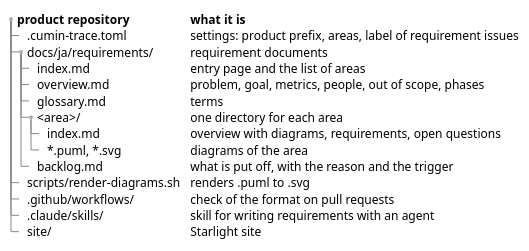
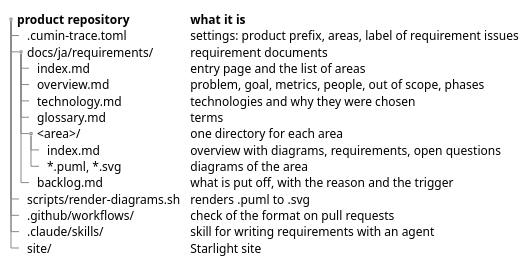
Before and after one commit to cloveclovedev/cumin-trace: the diagram in docs/ja/requirements/templates/templates-files.puml, drawn with PlantUML. The commit also changed 8 other files, not shown here.

```diff
--- a/docs/ja/requirements/templates/templates-files.puml
+++ b/docs/ja/requirements/templates/templates-files.puml
@@ -1,21 +1,22 @@
 @startuml templates-files
 salt
 {
 {T
  + <b>product repository | <b>what it is
  ++ .cumin-trace.toml | settings: product prefix, areas, label of requirement issues
  ++ docs/ja/requirements/ | requirement documents
  +++ index.md | entry page and the list of areas
  +++ overview.md | problem, goal, metrics, people, out of scope, phases
+ +++ technology.md | technologies and why they were chosen
  +++ glossary.md | terms
  +++ <area>/ | one directory for each area
  ++++ index.md | overview with diagrams, requirements, open questions
  ++++ *.puml, *.svg | diagrams of the area
  +++ backlog.md | what is put off, with the reason and the trigger
  ++ scripts/render-diagrams.sh | renders .puml to .svg
  ++ .github/workflows/ | check of the format on pull requests
  ++ .claude/skills/ | skill for writing requirements with an agent
  ++ site/ | Starlight site
 }
 }
 @enduml
```
